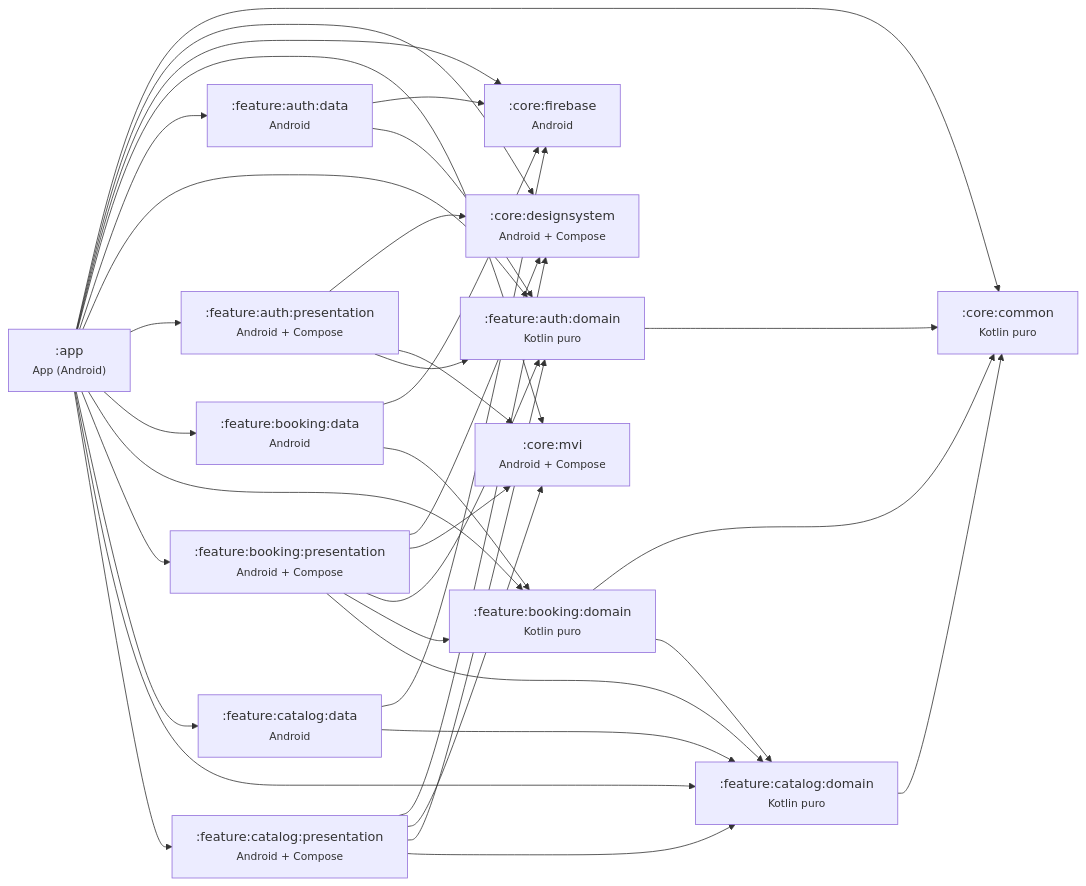
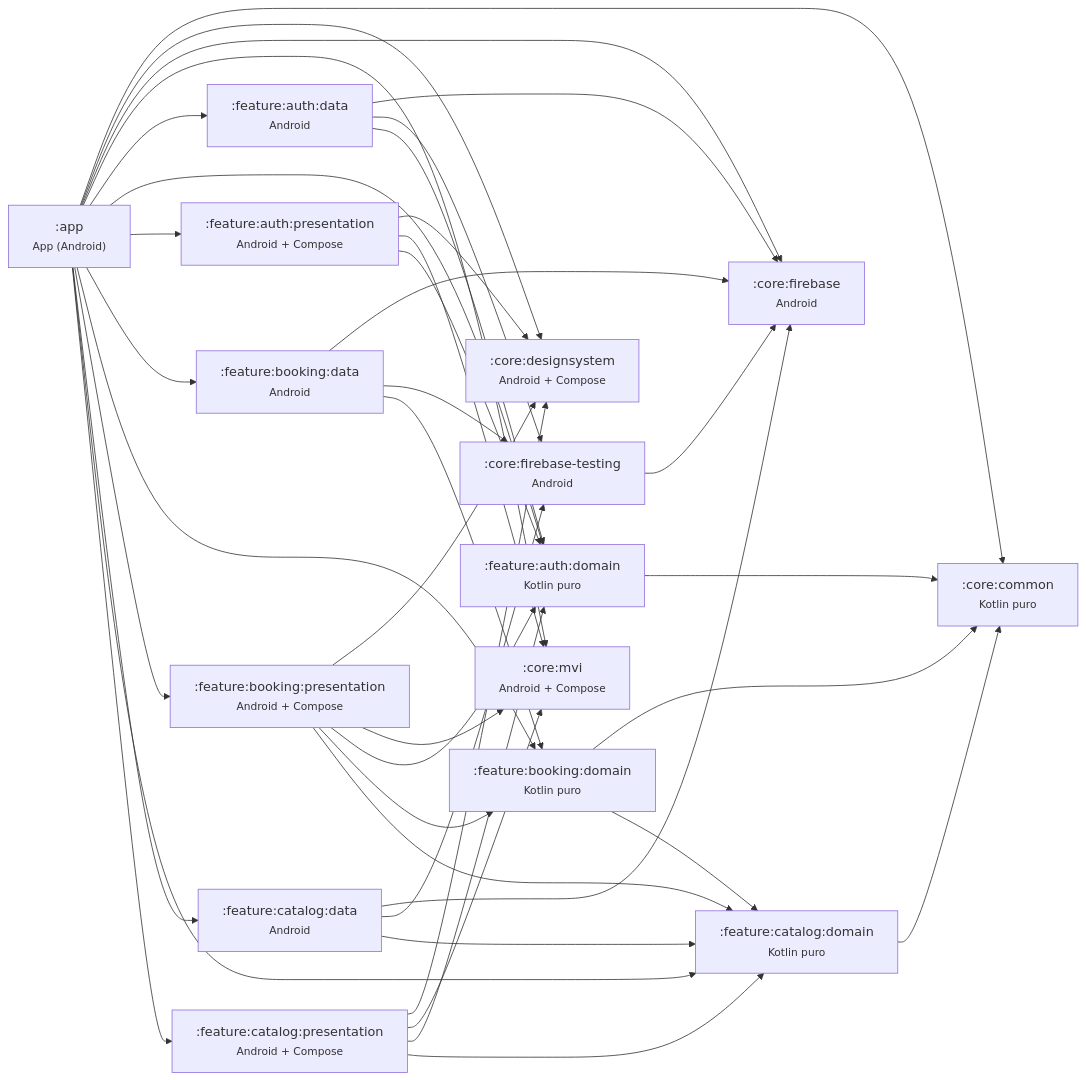
One commit to carlospliskin/Barber-aApp changed the first of 2 diagrams in docs/APP_MAP.md. Above: the diagram before and after it, drawn with Mermaid. The commit also changed other lines of this file and 19 other files, not shown here.

````diff
--- a/docs/APP_MAP.md
+++ b/docs/APP_MAP.md
@@ -17,52 +17,57 @@
 ```mermaid
 graph LR
   app[":app<br/><small>App (Android)</small>"]
   core_common[":core:common<br/><small>Kotlin puro</small>"]
   core_mvi[":core:mvi<br/><small>Android + Compose</small>"]
   core_firebase[":core:firebase<br/><small>Android</small>"]
+  core_firebase_testing[":core:firebase-testing<br/><small>Android</small>"]
   core_designsystem[":core:designsystem<br/><small>Android + Compose</small>"]
   feature_auth_domain[":feature:auth:domain<br/><small>Kotlin puro</small>"]
   feature_auth_data[":feature:auth:data<br/><small>Android</small>"]
   feature_auth_presentation[":feature:auth:presentation<br/><small>Android + Compose</small>"]
   feature_catalog_domain[":feature:catalog:domain<br/><small>Kotlin puro</small>"]
   feature_catalog_data[":feature:catalog:data<br/><small>Android</small>"]
   feature_catalog_presentation[":feature:catalog:presentation<br/><small>Android + Compose</small>"]
   feature_booking_domain[":feature:booking:domain<br/><small>Kotlin puro</small>"]
   feature_booking_data[":feature:booking:data<br/><small>Android</small>"]
   feature_booking_presentation[":feature:booking:presentation<br/><small>Android + Compose</small>"]
   app --> core_common
   app --> core_designsystem
   app --> core_firebase
   app --> core_mvi
   app --> feature_auth_data
   app --> feature_auth_domain
   app --> feature_auth_presentation
   app --> feature_booking_data
   app --> feature_booking_domain
   app --> feature_booking_presentation
   app --> feature_catalog_data
   app --> feature_catalog_domain
   app --> feature_catalog_presentation
+  core_firebase_testing --> core_firebase
   feature_auth_domain --> core_common
   feature_auth_data --> core_firebase
+  feature_auth_data --> core_firebase_testing
   feature_auth_data --> feature_auth_domain
   feature_auth_presentation --> core_designsystem
   feature_auth_presentation --> core_mvi
   feature_auth_presentation --> feature_auth_domain
   feature_catalog_domain --> core_common
   feature_catalog_data --> core_firebase
+  feature_catalog_data --> core_firebase_testing
   feature_catalog_data --> feature_catalog_domain
   feature_catalog_presentation --> core_designsystem
   feature_catalog_presentation --> core_mvi
   feature_catalog_presentation --> feature_auth_domain
   feature_catalog_presentation --> feature_catalog_domain
   feature_booking_domain --> core_common
   feature_booking_domain --> feature_catalog_domain
   feature_booking_data --> core_firebase
+  feature_booking_data --> core_firebase_testing
   feature_booking_data --> feature_booking_domain
   feature_booking_presentation --> core_designsystem
   feature_booking_presentation --> core_mvi
   feature_booking_presentation --> feature_auth_domain
   feature_booking_presentation --> feature_booking_domain
   feature_booking_presentation --> feature_catalog_domain
 ```
````
